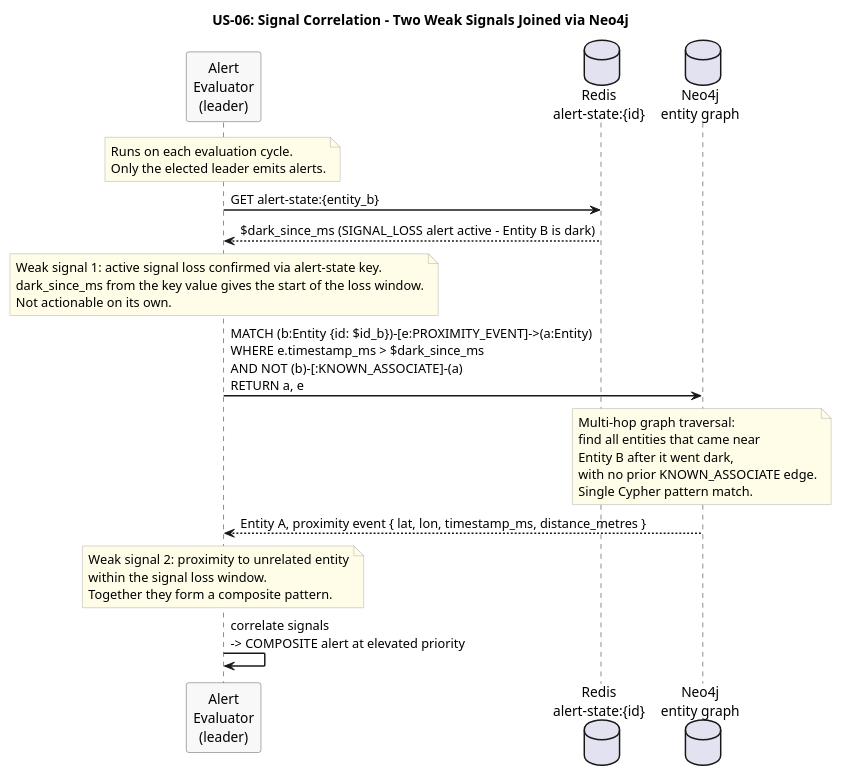
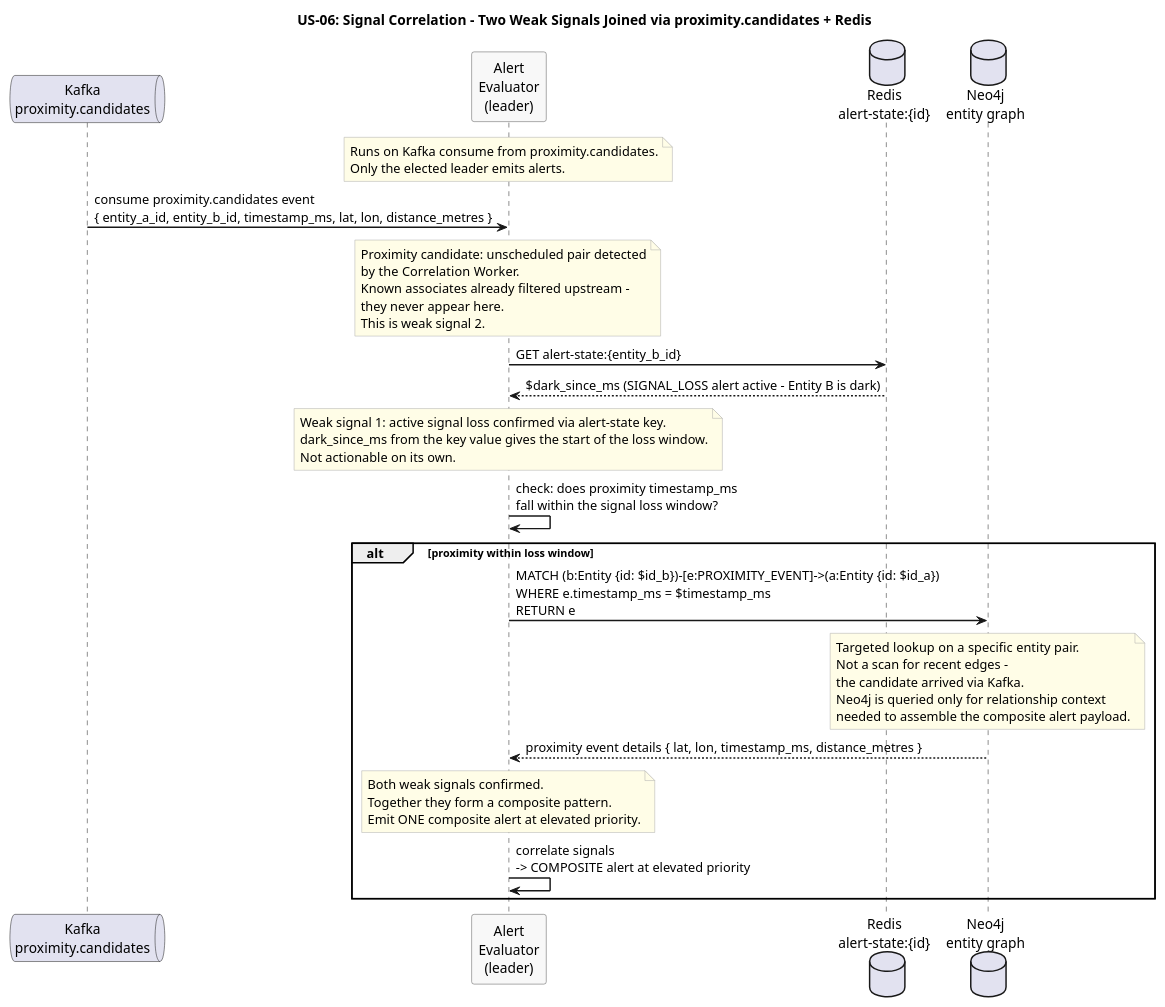
Before and after one commit to Buffden/sentinel: the diagram in docs/use-cases/US-06-composite-alert/signal-correlation.puml, drawn with PlantUML. The commit also changed 18 other files, not shown here.

Commit message:
introduce hybrid input model across all architecture docs

```diff
--- a/docs/use-cases/US-06-composite-alert/signal-correlation.puml
+++ b/docs/use-cases/US-06-composite-alert/signal-correlation.puml
@@ -1,48 +1,63 @@
 @startuml signal-correlation
-title US-06: Signal Correlation - Two Weak Signals Joined via Neo4j
+title US-06: Signal Correlation - Two Weak Signals Joined via proximity.candidates + Redis
 
 skinparam sequenceArrowThickness 1.5
 skinparam participantBorderColor #555555
 skinparam participantBackgroundColor #F8F8F8
 skinparam noteBorderColor #AAAAAA
 skinparam noteBackgroundColor #FFFDE7
 
+queue "Kafka\nproximity.candidates" as ProxKafka
 participant "Alert\nEvaluator\n(leader)" as Evaluator
 database "Redis\nalert-state:{id}" as AlertState
 database "Neo4j\nentity graph" as Neo4j
 
 note over Evaluator
-  Runs on each evaluation cycle.
+  Runs on Kafka consume from proximity.candidates.
   Only the elected leader emits alerts.
 end note
 
-Evaluator -> AlertState : GET alert-state:{entity_b}
+ProxKafka -> Evaluator : consume proximity.candidates event\n{ entity_a_id, entity_b_id, timestamp_ms, lat, lon, distance_metres }
+
+note over Evaluator
+  Proximity candidate: unscheduled pair detected
+  by the Correlation Worker.
+  Known associates already filtered upstream -
+  they never appear here.
+  This is weak signal 2.
+end note
+
+Evaluator -> AlertState : GET alert-state:{entity_b_id}
 AlertState --> Evaluator : $dark_since_ms (SIGNAL_LOSS alert active - Entity B is dark)
 
 note over Evaluator
   Weak signal 1: active signal loss confirmed via alert-state key.
   dark_since_ms from the key value gives the start of the loss window.
   Not actionable on its own.
 end note
 
-Evaluator -> Neo4j : MATCH (b:Entity {id: $id_b})-[e:PROXIMITY_EVENT]->(a:Entity)\nWHERE e.timestamp_ms > $dark_since_ms\nAND NOT (b)-[:KNOWN_ASSOCIATE]-(a)\nRETURN a, e
+Evaluator -> Evaluator : check: does proximity timestamp_ms\nfall within the signal loss window?
 
-note over Neo4j
-  Multi-hop graph traversal:
-  find all entities that came near
-  Entity B after it went dark,
-  with no prior KNOWN_ASSOCIATE edge.
-  Single Cypher pattern match.
-end note
+alt proximity within loss window
+  Evaluator -> Neo4j : MATCH (b:Entity {id: $id_b})-[e:PROXIMITY_EVENT]->(a:Entity {id: $id_a})\nWHERE e.timestamp_ms = $timestamp_ms\nRETURN e
 
-Neo4j --> Evaluator : Entity A, proximity event { lat, lon, timestamp_ms, distance_metres }
+  note over Neo4j
+    Targeted lookup on a specific entity pair.
+    Not a scan for recent edges -
+    the candidate arrived via Kafka.
+    Neo4j is queried only for relationship context
+    needed to assemble the composite alert payload.
+  end note
 
-note over Evaluator
-  Weak signal 2: proximity to unrelated entity
-  within the signal loss window.
-  Together they form a composite pattern.
-end note
+  Neo4j --> Evaluator : proximity event details { lat, lon, timestamp_ms, distance_metres }
 
-Evaluator -> Evaluator : correlate signals\n-> COMPOSITE alert at elevated priority
+  note over Evaluator
+    Both weak signals confirmed.
+    Together they form a composite pattern.
+    Emit ONE composite alert at elevated priority.
+  end note
+
+  Evaluator -> Evaluator : correlate signals\n-> COMPOSITE alert at elevated priority
+end
 
 @enduml
```
